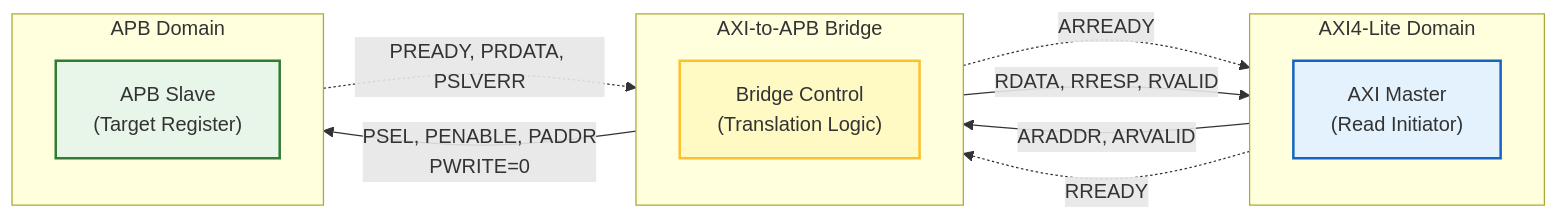
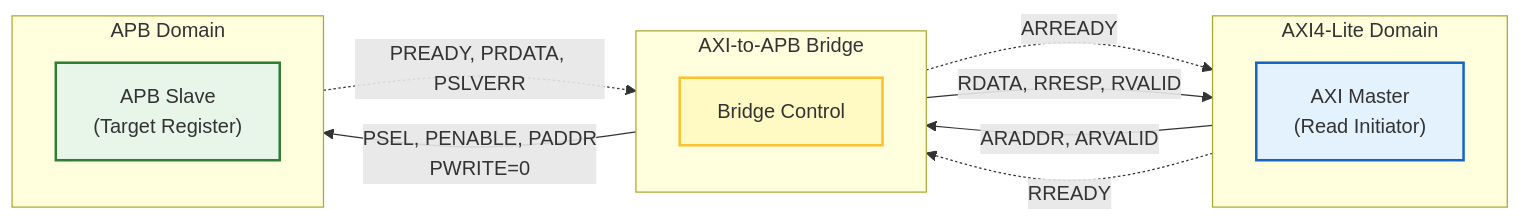
One commit to noammalca1/AXI4-Lite-to-APB-Bridge-with-Asynchronous-CDC changed the third of 4 diagrams in README.md. Above: the diagram before and after it, drawn with Mermaid.

````diff
--- a/README.md
+++ b/README.md
@@ -271,45 +271,45 @@
 ```mermaid
 graph LR
     %% Definitions
     subgraph AXI_Side [AXI4-Lite Domain]
         direction TB
         AXI_M["AXI Master<br/>(Read Initiator)"]
     end
     
     subgraph Bridge_Scope [AXI-to-APB Bridge]
         direction TB
-        DUT["Bridge Control<br/>(Translation Logic)"]
+        DUT["Bridge Control<br/>"]
     end
 
     subgraph APB_Side [APB Domain]
         direction TB
         APB_S["APB Slave<br/>(Target Register)"]
     end
 
     %% Styles
     classDef master fill:#e3f2fd,stroke:#1565c0,stroke-width:2px;
     classDef bridge fill:#fff9c4,stroke:#fbc02d,stroke-width:2px;
     classDef slave fill:#e8f5e9,stroke:#2e7d32,stroke-width:2px;
     
     class AXI_M master;
     class DUT bridge;
     class APB_S slave;
 
     %% --- PHASE 1: AXI Read Request ---
     %% Master sends Address
     AXI_M -- "ARADDR, ARVALID" --> DUT
     %% Bridge accepts
     DUT -. "ARREADY" .-> AXI_M
 
     %% --- PHASE 2: APB Read Transaction ---
     %% Bridge drives APB Read (PWRITE=0)
     DUT -- "PSEL, PENABLE, PADDR<br/>PWRITE=0" --> APB_S
     %% Slave returns Data and Status
     APB_S -. "PREADY, PRDATA, PSLVERR" .-> DUT
 
     %% --- PHASE 3: AXI Read Response ---
     %% Bridge sends Data back
     DUT -- "RDATA, RRESP, RVALID" --> AXI_M
     %% Master accepts response
     AXI_M -. "RREADY" .-> DUT
 ```
````
